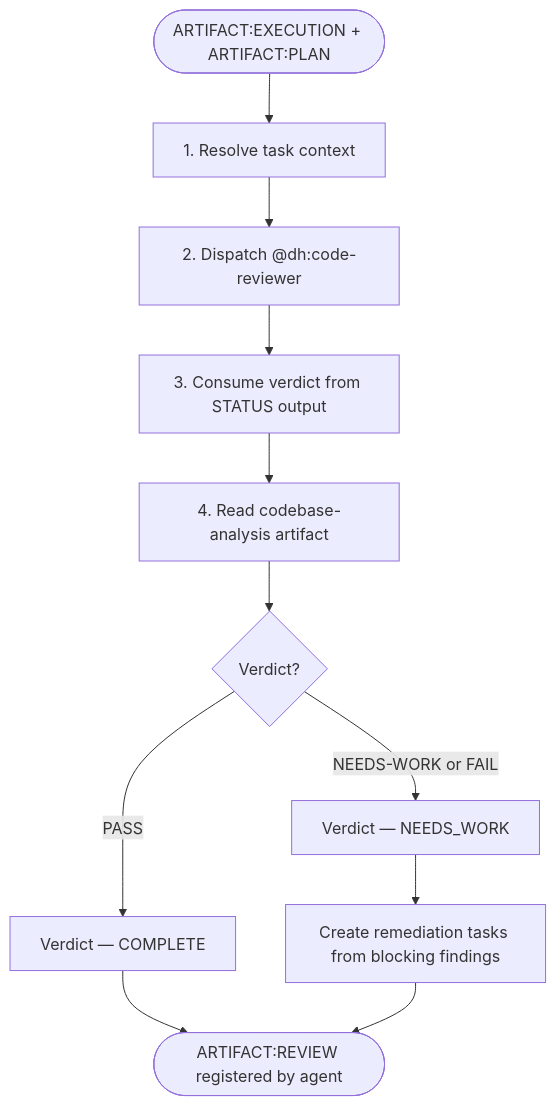
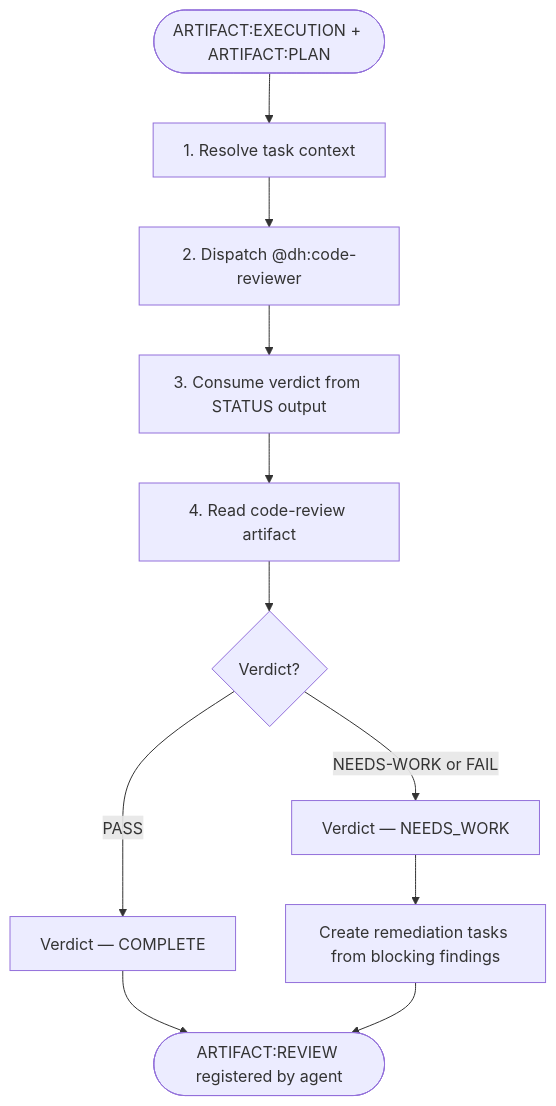
The first of 2 diagrams in plugins/development-harness/skills/forensic-review/SKILL.md (Jamie-BitFlight/claude_skills), drawn with Mermaid before and after one commit. The commit also changed other lines of this file and 27 other files, not shown here.

First line of the commit message:
fix(development-harness): split the code review verdict onto its own artifact type (#3147)

````diff
--- a/plugins/development-harness/skills/forensic-review/SKILL.md
+++ b/plugins/development-harness/skills/forensic-review/SKILL.md
@@ -32,13 +32,13 @@
 ```mermaid
 flowchart TD
     Start([ARTIFACT:EXECUTION + ARTIFACT:PLAN]) --> R1[1. Resolve task context]
     R1 --> R2[2. Dispatch @dh:code-reviewer]
     R2 --> R3[3. Consume verdict from STATUS output]
-    R3 --> R4[4. Read codebase-analysis artifact]
+    R3 --> R4[4. Read code-review artifact]
     R4 --> Decide{Verdict?}
     Decide -->|PASS| Complete[Verdict — COMPLETE]
     Decide -->|NEEDS-WORK or FAIL| NeedsWork[Verdict — NEEDS_WORK]
     Complete --> Done([ARTIFACT:REVIEW registered by agent])
     NeedsWork --> Remediate[Create remediation tasks from blocking findings]
     Remediate --> Done
 ```
````
